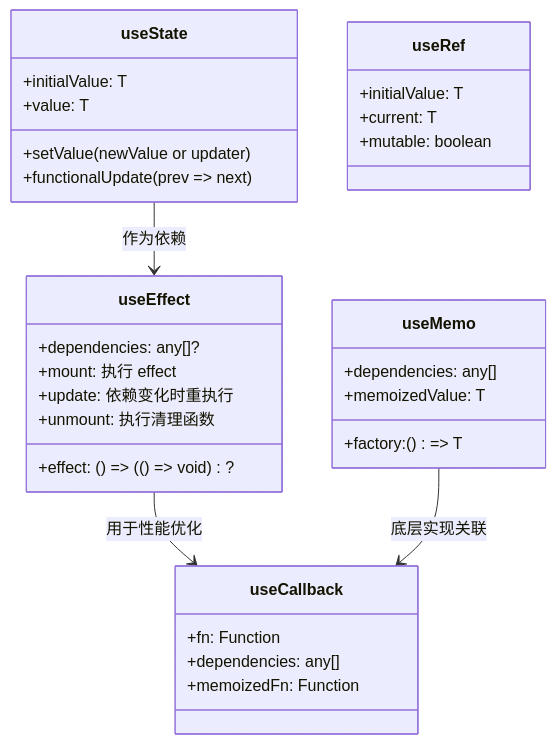
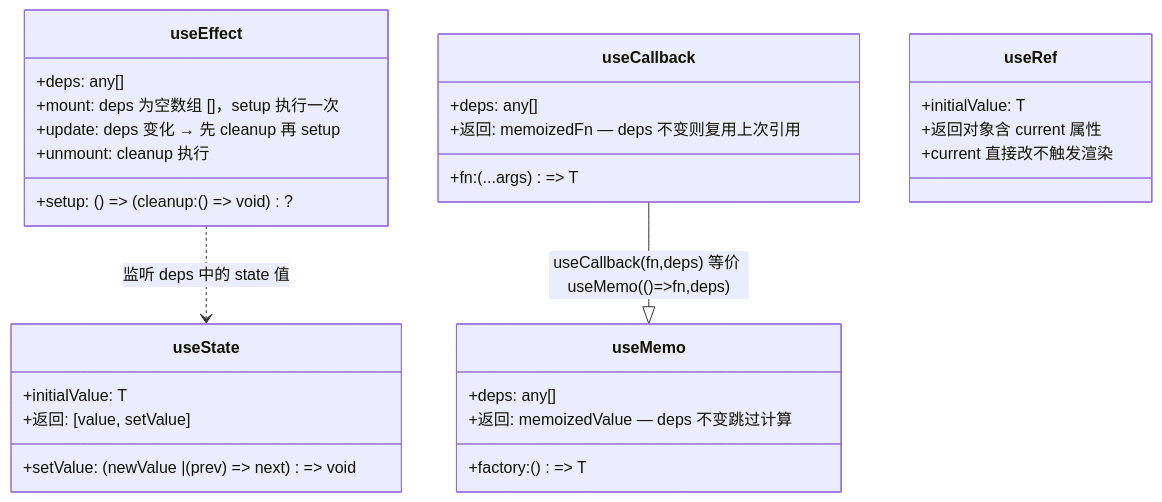
Before and after one commit to nirvanasu00-cpu/06-expo-react-native: the second of 2 diagrams in 03_React_Hooks_In_RN/README.md, drawn with Mermaid. The commit also changed other lines of this file, not shown here.

````diff
--- a/03_React_Hooks_In_RN/README.md
+++ b/03_React_Hooks_In_RN/README.md
@@ -72,35 +92,33 @@
 ```mermaid
 classDiagram
     class useState {
         +initialValue: T
-        +value: T
-        +setValue(newValue or updater)
-        +functionalUpdate(prev => next)
+        +返回: [value, setValue]
+        +setValue: (newValue | (prev) => next) => void
     }
     class useEffect {
-        +effect: () => (() => void)?
-        +dependencies: any[]?
-        +mount: 执行 effect
-        +update: 依赖变化时重执行
-        +unmount: 执行清理函数
+        +setup: () => (cleanup: () => void)?
+        +deps: any[]
+        +mount: deps 为空数组 []，setup 执行一次
+        +update: deps 变化 → 先 cleanup 再 setup
+        +unmount: cleanup 执行
     }
     class useCallback {
-        +fn: Function
-        +dependencies: any[]
-        +memoizedFn: Function
+        +fn: (...args) => T
+        +deps: any[]
+        +返回: memoizedFn — deps 不变则复用上次引用
     }
     class useMemo {
         +factory: () => T
-        +dependencies: any[]
-        +memoizedValue: T
+        +deps: any[]
+        +返回: memoizedValue — deps 不变跳过计算
     }
     class useRef {
         +initialValue: T
-        +current: T
-        +mutable: boolean
+        +返回对象含 current 属性
+        +current 直接改不触发渲染
     }
 
-    useState --> useEffect : 作为依赖
-    useEffect --> useCallback : 用于性能优化
-    useMemo --> useCallback : 底层实现关联
+    useEffect ..> useState : 监听 deps 中的 state 值
+    useCallback --|> useMemo : useCallback(fn,deps) 等价 useMemo(()=>fn,deps)
 ```
````
